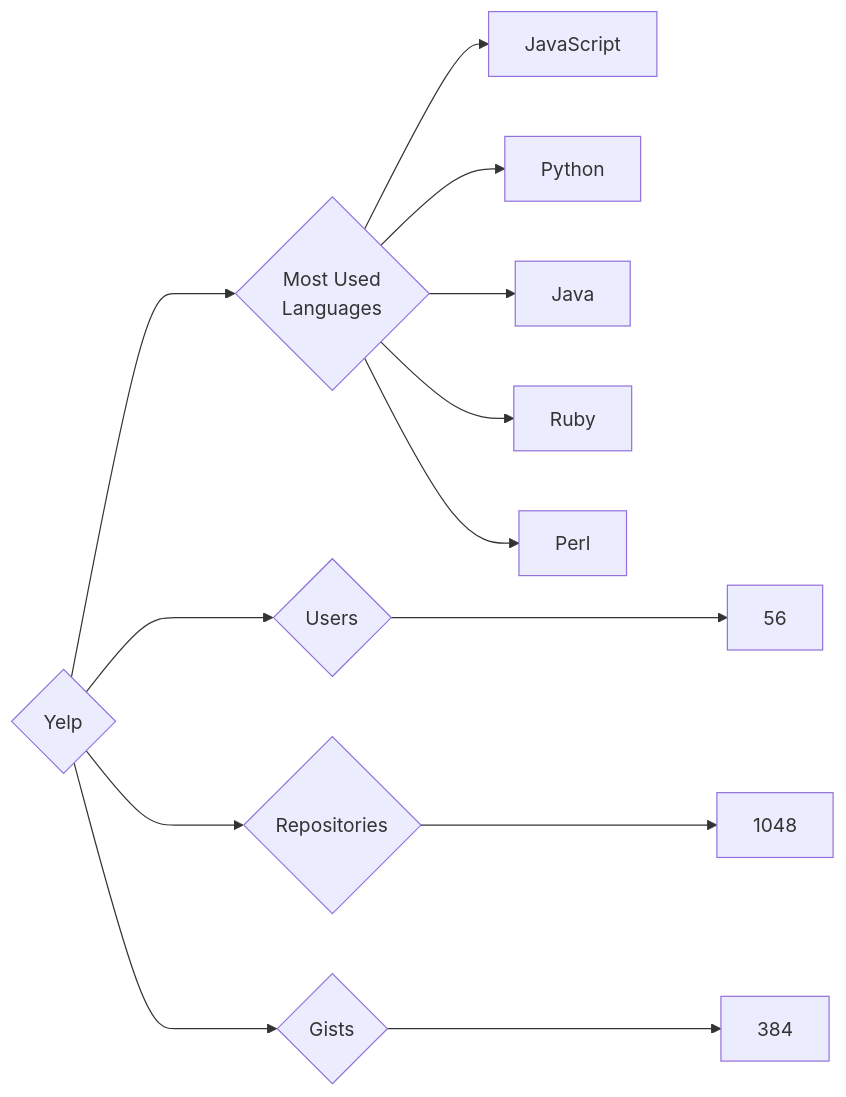
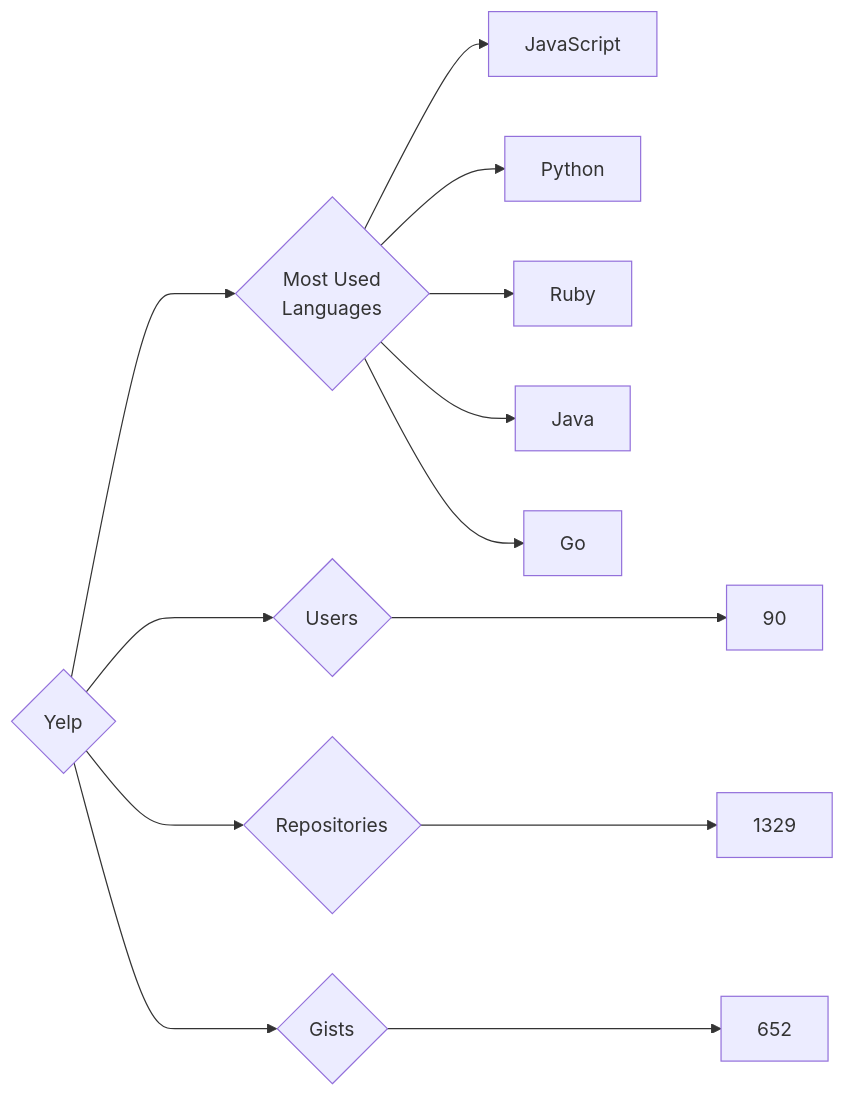
Before and after one commit to trickest/insiders: the diagram in targets/Yelp/README.md, drawn with Mermaid. The commit also changed 728 other files, not shown here.

````diff
--- a/targets/Yelp/README.md
+++ b/targets/Yelp/README.md
@@ -3,13 +3,13 @@
 ```mermaid
 graph LR
 COMPANY_NAME{Yelp}
-COMPANY_NAME ---> U{Users} ---> UN[56]
-COMPANY_NAME ---> R{Repositories} ---> RN[1048]
-COMPANY_NAME ---> G{Gists} ---> GN[384]
+COMPANY_NAME ---> U{Users} ---> UN[90]
+COMPANY_NAME ---> R{Repositories} ---> RN[1329]
+COMPANY_NAME ---> G{Gists} ---> GN[652]
 COMPANY_NAME ---> ML{Most Used<br>Languages}
 ML --> JavaScript[JavaScript]
 ML --> Python[Python]
+ML --> Ruby[Ruby]
 ML --> Java[Java]
-ML --> Ruby[Ruby]
-ML --> Perl[Perl]
+ML --> Go[Go]
 ```
````
